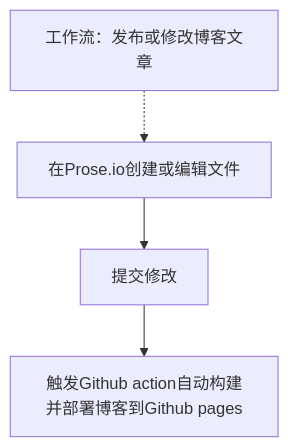
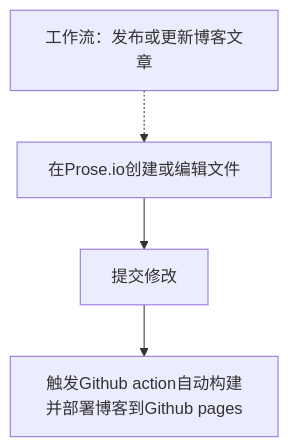
Before and after one commit to goooooouwa/writings: the diagram in _posts/productivity/2021-03-29-blog-setup.md, drawn with Mermaid. The commit also changed other lines of this file, not shown here.

````diff
--- a/_posts/productivity/2021-03-29-blog-setup.md
+++ b/_posts/productivity/2021-03-29-blog-setup.md
@@ -44,8 +46,8 @@
 ```mermaid
     graph TD
-    T1["工作流：发布或修改博客文章"] -.-> A
+    T1["工作流：发布或更新博客文章"] -.-> A
 
     A[在Prose.io创建或编辑文件] --> B
     B[提交修改]
     B --> C[触发Github action自动构建并部署博客到Github pages]
 ```
````
